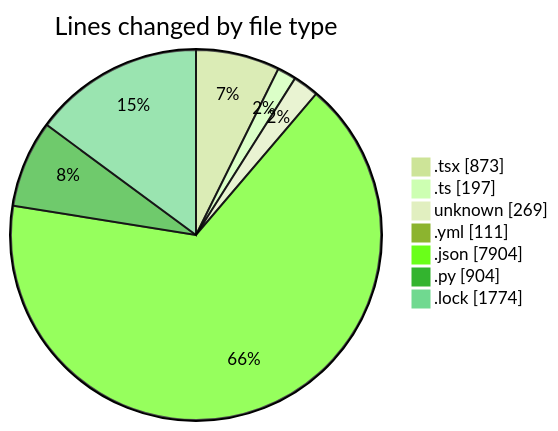
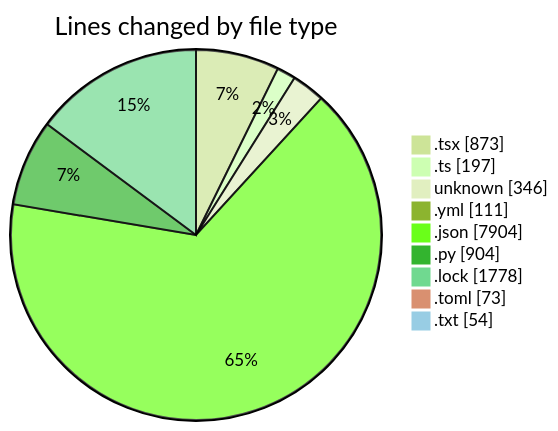
One commit to Elitesun/code-tracking changed the first of 2 diagrams in 2025-05-20/niten/README.md. Above: the diagram before and after it, drawn with Mermaid (forest theme). The commit also changed other lines of this file and 1 other file, not shown here.

````diff
--- a/2025-05-20/niten/README.md
+++ b/2025-05-20/niten/README.md
@@ -42,11 +45,13 @@
 ```mermaid
 pie showData
 title Lines changed by file type
 ".tsx" : 873
 ".ts" : 197
-"unknown" : 269
+"unknown" : 346
 ".yml" : 111
 ".json" : 7904
 ".py" : 904
-".lock" : 1774
+".lock" : 1778
+".toml" : 73
+".txt" : 54
 ```
````
